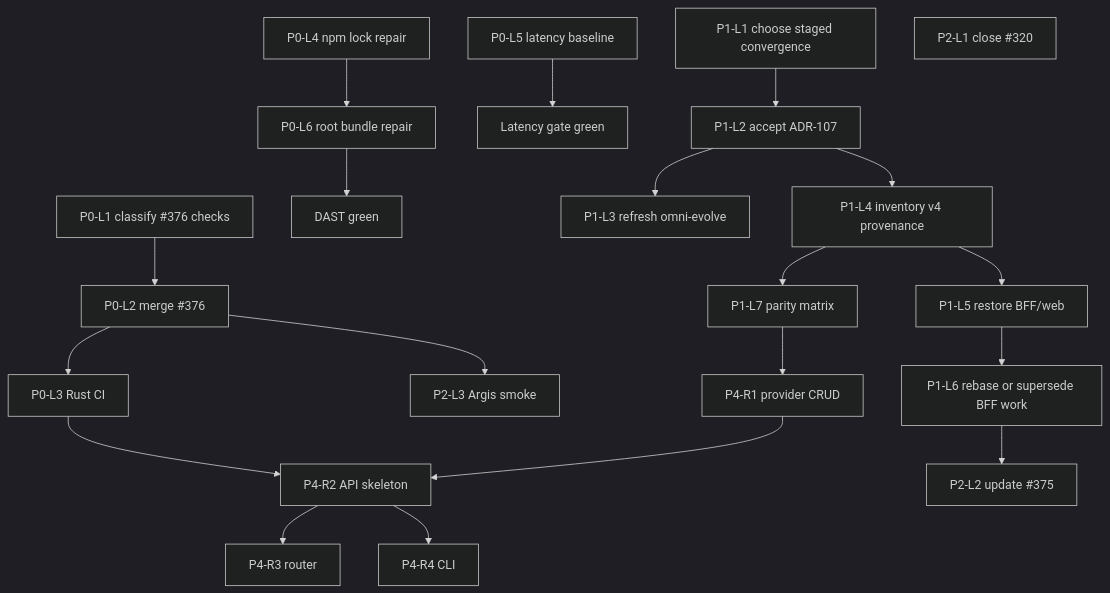
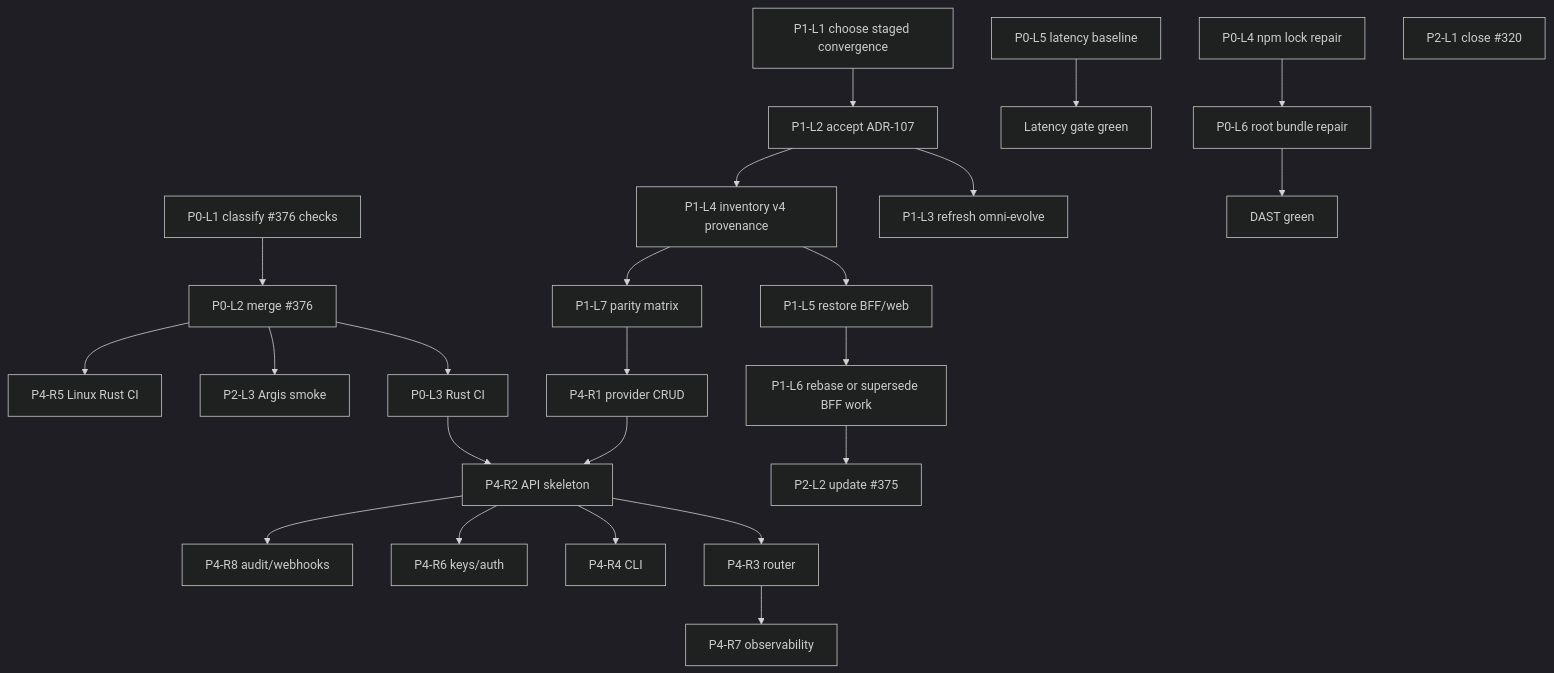
One commit to KooshaPari/OmniRoute changed the diagram in plans/2026-07-17-proc2-wbs-pert-dag.md. Above: the diagram before and after it, drawn with Mermaid (dark theme). The commit also changed other lines of this file and 2 other files, not shown here.

````diff
--- a/plans/2026-07-17-proc2-wbs-pert-dag.md
+++ b/plans/2026-07-17-proc2-wbs-pert-dag.md
@@ -78,26 +81,30 @@
 ```mermaid
 flowchart TD
   C376[P0-L1 classify #376 checks] --> M376[P0-L2 merge #376]
   M376 --> RCI[P0-L3 Rust CI]
   M376 --> ARG[P2-L3 Argis smoke]
   NPM[P0-L4 npm lock repair] --> BUNDLE[P0-L6 root bundle repair]
   BUNDLE --> DAST[DAST green]
   LAT[P0-L5 latency baseline] --> REST[Latency gate green]
 
   DEC[P1-L1 choose staged convergence]
   DEC --> ADR[P1-L2 accept ADR-107]
   ADR --> DAG[P1-L3 refresh omni-evolve]
   ADR --> INV[P1-L4 inventory v4 provenance]
   INV --> RESTORE[P1-L5 restore BFF/web]
   RESTORE --> BFF[P1-L6 rebase or supersede BFF work]
   INV --> MATRIX[P1-L7 parity matrix]
 
   MATRIX --> CRUD[P4-R1 provider CRUD]
   RCI --> API[P4-R2 API skeleton]
   CRUD --> API
   API --> ROUTER[P4-R3 router]
   API --> CLI[P4-R4 CLI]
+  M376 --> RUSTCI[P4-R5 Linux Rust CI]
+  API --> AUTH[P4-R6 keys/auth]
+  ROUTER --> OBS[P4-R7 observability]
+  API --> AUDIT[P4-R8 audit/webhooks]
 
   CLOSE320[P2-L1 close #320]
   BFF --> NOTE375[P2-L2 update #375]
 ```
````
